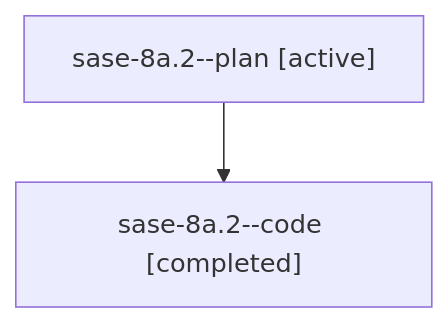
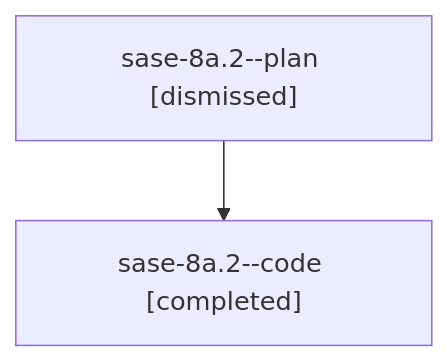
The diagram in sessions/bbugyi200.athena.sase-8a.2.md (sase-org/sase--agents), drawn with Mermaid before and after one commit. The commit also changed other lines of this file and 82 other files, not shown here.

````diff
--- a/sessions/bbugyi200.athena.sase-8a.2.md
+++ b/sessions/bbugyi200.athena.sase-8a.2.md
@@ -9,6 +9,6 @@
 ```mermaid
 flowchart TD
-  n0["sase-8a.2--plan [active]"]
+  n0["sase-8a.2--plan [dismissed]"]
   n1["sase-8a.2--code [completed]"]
   n0 --> n1
 ```
````
